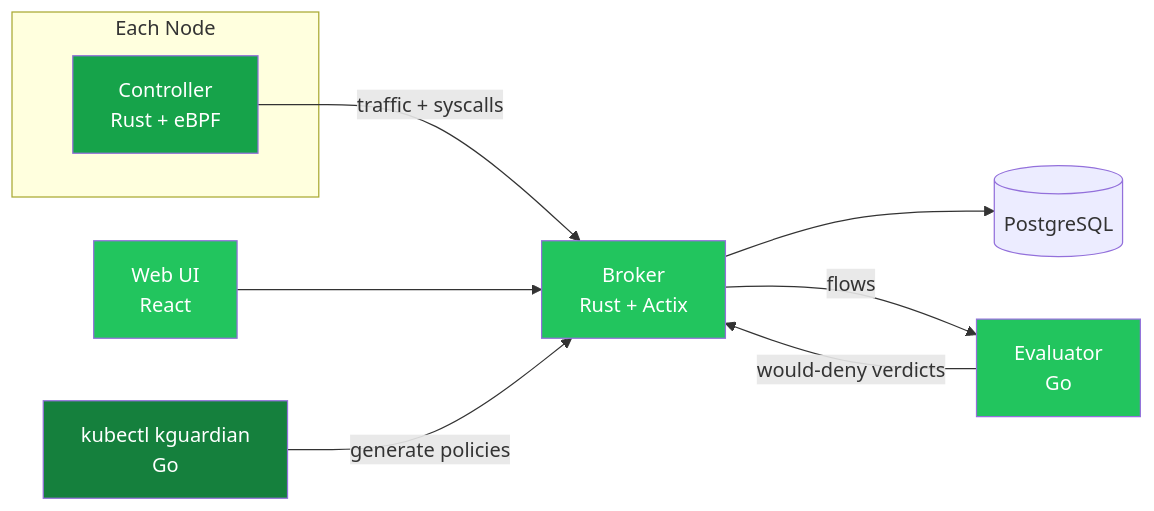
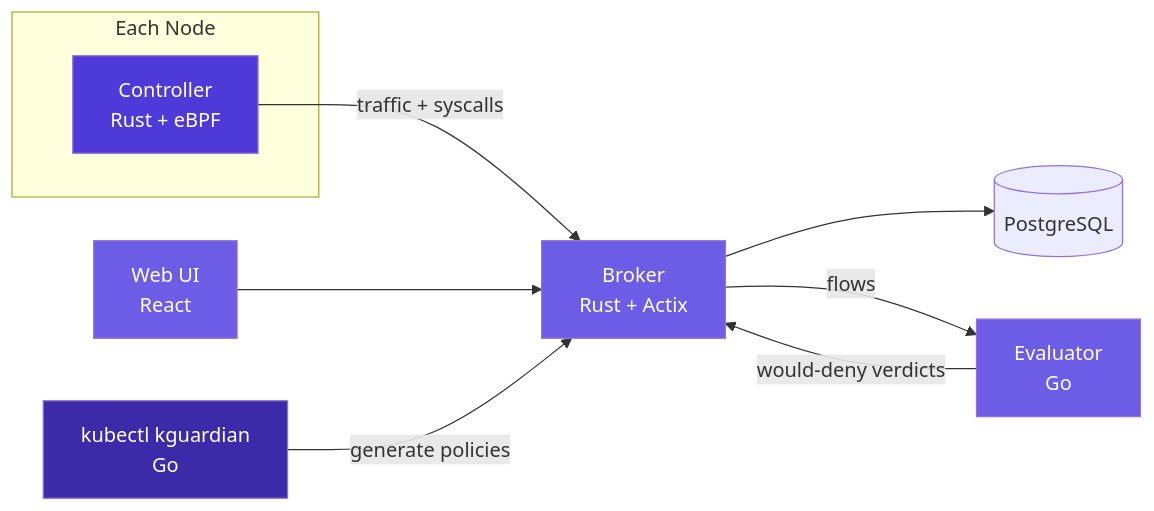
Before and after one commit to kguardian-dev/kguardian: the diagram in README.md, drawn with Mermaid. The commit also changed other lines of this file and 6 other files, not shown here.

````diff
--- a/README.md
+++ b/README.md
@@ -63,24 +63,24 @@
 ```mermaid
 graph LR
     subgraph "Each Node"
         C[Controller<br/>Rust + eBPF]
     end
     B[Broker<br/>Rust + Actix]
     DB[(PostgreSQL)]
     E[Evaluator<br/>Go]
     UI[Web UI<br/>React]
     CLI[kubectl kguardian<br/>Go]
 
     C -->|traffic + syscalls| B
     B --> DB
     B -->|flows| E
     E -->|would-deny verdicts| B
     UI --> B
     CLI -->|generate policies| B
 
-    style C fill:#16A34A,color:#fff
-    style B fill:#22C55E,color:#fff
-    style E fill:#22C55E,color:#fff
-    style UI fill:#22C55E,color:#fff
-    style CLI fill:#15803D,color:#fff
+    style C fill:#4E3AD9,color:#fff
+    style B fill:#6D5CE6,color:#fff
+    style E fill:#6D5CE6,color:#fff
+    style UI fill:#6D5CE6,color:#fff
+    style CLI fill:#3B2BA8,color:#fff
 ```
````
